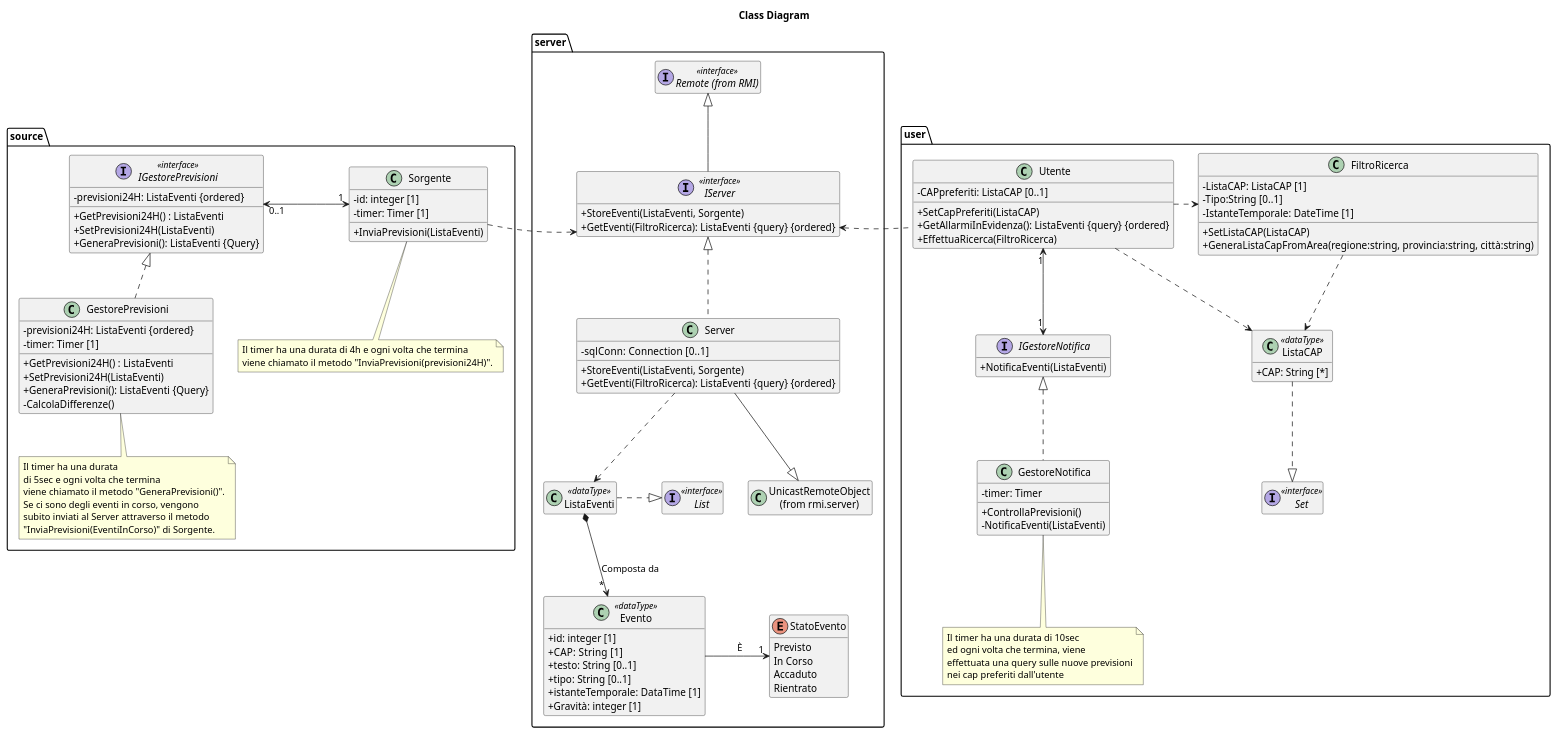
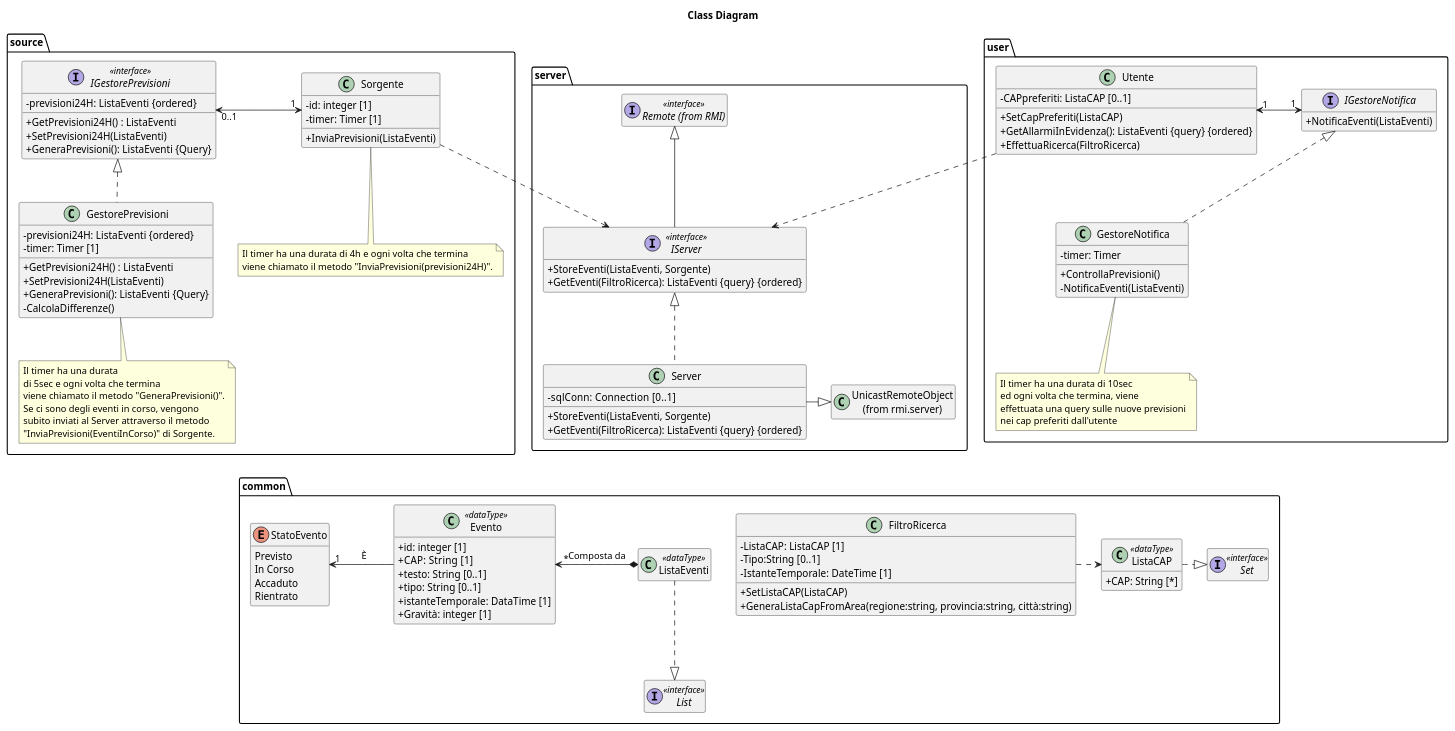
The diagram in docs/diagrams/class.puml (xFA25E/sweng_14_2019), drawn with PlantUML before and after one commit. The commit also changed 1 other file, not shown here.

Commit message:
common package added on class_diagram and package_diagram created

```diff
--- a/docs/diagrams/class.puml
+++ b/docs/diagrams/class.puml
@@ -1,126 +1,130 @@
 @startuml
 title Class Diagram
 package source {
     interface IGestorePrevisioni<<interface>> {
         - previsioni24H: ListaEventi {ordered}
         + GetPrevisioni24H() : ListaEventi
         + SetPrevisioni24H(ListaEventi)
         + GeneraPrevisioni(): ListaEventi {Query}
     }
 
     class GestorePrevisioni {
         - previsioni24H: ListaEventi {ordered}
         - timer: Timer [1]
         + GetPrevisioni24H() : ListaEventi
         + SetPrevisioni24H(ListaEventi)
         + GeneraPrevisioni(): ListaEventi {Query}
         - CalcolaDifferenze()
     }
 
     class Sorgente {
         - id: integer [1]
         - timer: Timer [1]
         + InviaPrevisioni(ListaEventi)
     }
     note bottom of Sorgente: Il timer ha una durata di 4h e ogni volta che termina\nviene chiamato il metodo "InviaPrevisioni(previsioni24H)".
     note bottom of GestorePrevisioni: Il timer ha una durata\ndi 5sec e ogni volta che termina\nviene chiamato il metodo "GeneraPrevisioni()".\nSe ci sono degli eventi in corso, vengono\nsubito inviati al Server attraverso il metodo\n"InviaPrevisioni(EventiInCorso)" di Sorgente.
 
     IGestorePrevisioni "0..1" <-> "1" Sorgente : \t\t\t
     IGestorePrevisioni <|.. GestorePrevisioni
 }
 
 package server{
     interface "Remote (from RMI)" as Remote <<interface>>
 
     interface IServer<<interface>> {
         + StoreEventi(ListaEventi, Sorgente)
         + GetEventi(FiltroRicerca): ListaEventi {query} {ordered}
     }
 
     class Server {
         - sqlConn: Connection  [0..1]
         + StoreEventi(ListaEventi, Sorgente)
         + GetEventi(FiltroRicerca): ListaEventi {query} {ordered}
     }
 
     class "UnicastRemoteObject\n(from rmi.server)" as UnicastRemoteObject
 
-    class ListaEventi <<dataType>>
-
-    interface List<<interface>>
-
-    class Evento<<dataType>> {
-        + id: integer [1]
-        + CAP: String  [1]
-        + testo: String [0..1]
-        + tipo: String [0..1]
-        + istanteTemporale: DataTime [1]
-        + Gravità: integer [1]
-    }
-
-    enum StatoEvento {
-        Previsto
-        In Corso
-        Accaduto
-        Rientrato
-    }
-
     Remote <|-- IServer
     IServer <|.. Server
-    Server --|> UnicastRemoteObject
-    Server ..> ListaEventi
-    ListaEventi .|> List: \t
-    ListaEventi *--> " * " Evento: Composta da
-    Evento -> "1" StatoEvento: \tÈ\t
+    Server -|> UnicastRemoteObject
 }
 
 Sorgente .> IServer
 
 package user {
     class Utente {
         - CAPpreferiti: ListaCAP [0..1]
         + SetCapPreferiti(ListaCAP)
         + GetAllarmiInEvidenza(): ListaEventi {query} {ordered}
         + EffettuaRicerca(FiltroRicerca)
-    }
-
-    class ListaCAP <<dataType>> {
-        + CAP: String [*]
-    }
-
-    interface Set<<interface>>
-
-    class FiltroRicerca {
-        - ListaCAP: ListaCAP [1]
-        - Tipo:String [0..1]
-        - IstanteTemporale: DateTime [1]
-        + SetListaCAP(ListaCAP)
-        + GeneraListaCapFromArea(regione:string, provincia:string, città:string)
     }
 
     interface IGestoreNotifica {
         + NotificaEventi(ListaEventi)
     }
 
     class GestoreNotifica {
         - timer: Timer
         + ControllaPrevisioni()
         - NotificaEventi(ListaEventi)
     }
     note bottom of GestoreNotifica: Il timer ha una durata di 10sec\ned ogni volta che termina, viene\neffettuata una query sulle nuove previsioni\nnei cap preferiti dall'utente
 
-    Utente "1" <--> "1" IGestoreNotifica
+    Utente "1" <-> "1" IGestoreNotifica :\t
     IGestoreNotifica <|.. GestoreNotifica
-    Utente .> ListaCAP
-    Utente .> FiltroRicerca
-    FiltroRicerca ..> ListaCAP
-    ListaCAP ..|> Set
 }
 
-IServer <. Utente
+Utente ..> IServer
+
+package common {
+    enum StatoEvento {
+        Previsto
+        In Corso
+        Accaduto
+        Rientrato
+    }
+
+    class Evento<<dataType>> {
+        + id: integer [1]
+        + CAP: String  [1]
+        + testo: String [0..1]
+        + tipo: String [0..1]
+        + istanteTemporale: DataTime [1]
+        + Gravità: integer [1]
+    }
+
+    class ListaEventi <<dataType>>
+
+    interface List<<interface>>
+
+    ListaEventi ..|> List: \t
+    StatoEvento "1" <- Evento: \tÈ\t
+    Evento " * " <-*  ListaEventi: Composta da
+
+    class FiltroRicerca {
+        - ListaCAP: ListaCAP [1]
+        - Tipo:String [0..1]
+        - IstanteTemporale: DateTime [1]
+        + SetListaCAP(ListaCAP)
+        + GeneraListaCapFromArea(regione:string, provincia:string, città:string)
+    }
+
+    class ListaCAP <<dataType>> {
+        + CAP: String [*]
+    }
+
+    interface Set<<interface>>
+
+    ListaCAP .|> Set
+    FiltroRicerca .> ListaCAP
+}
 
 'Layout only
 hide empty members
 skinparam classAttributeIconSize 0
-IGestoreNotifica -[hidden]> ListaCAP : \t\t\t\t\t\t
+ListaEventi -[hidden] FiltroRicerca
+GestorePrevisioni -[hidden]-- StatoEvento
+Server .[hidden].> ListaEventi
+Utente .[hidden].> FiltroRicerca
 @enduml
```
